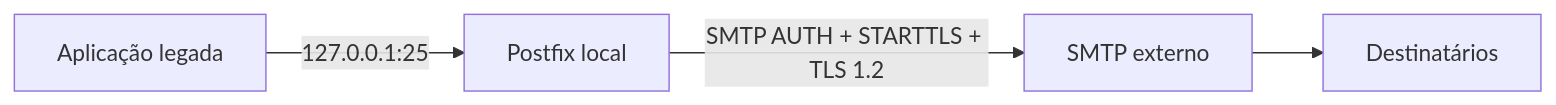
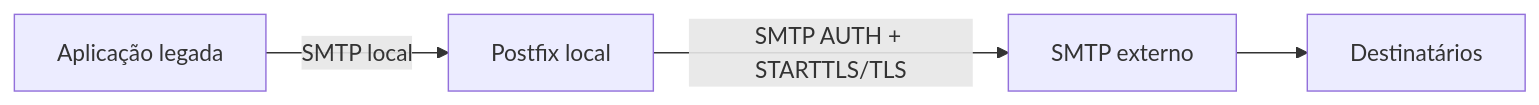
One commit to otaviox3/postfix-smtp-relay changed the diagram in documentacao/01-visao-geral.md. Above: the diagram before and after it, drawn with Mermaid. The commit also changed other lines of this file and 9 other files, not shown here.

````diff
--- a/documentacao/01-visao-geral.md
+++ b/documentacao/01-visao-geral.md
@@ -11,6 +47,6 @@
 ```mermaid
 flowchart LR
-    A[Aplicação legada] -->|127.0.0.1:25| B[Postfix local]
-    B -->|SMTP AUTH + STARTTLS + TLS 1.2| C[SMTP externo]
+    A[Aplicação legada] -->|SMTP local| B[Postfix local]
+    B -->|SMTP AUTH + STARTTLS/TLS| C[SMTP externo]
     C --> D[Destinatários]
 ```
````
